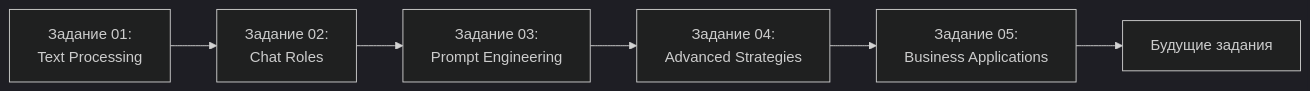
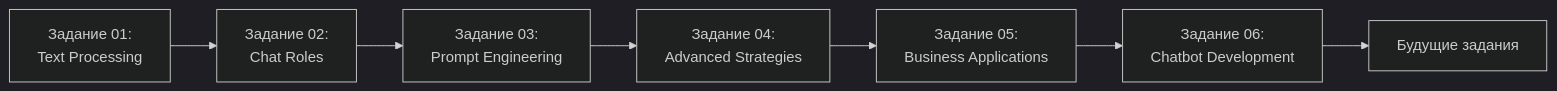
The diagram in Exercises/README.md (artipy/ai_knowledge_db_and_projects), drawn with Mermaid (dark theme) before and after one commit. The commit also changed other lines of this file and 8 other files, not shown here.

First line of the commit message:
feat: Add Prompt Engineering for Chatbot Development guide and Exercise 06

````diff
--- a/Exercises/README.md
+++ b/Exercises/README.md
@@ -158,8 +181,9 @@
 ```mermaid
 graph LR
     A[Задание 01:<br/>Text Processing] --> B[Задание 02:<br/>Chat Roles]
     B --> C[Задание 03:<br/>Prompt Engineering]
     C --> D[Задание 04:<br/>Advanced Strategies]
     D --> E[Задание 05:<br/>Business Applications]
-    E --> F[Будущие задания]
+    E --> F[Задание 06:<br/>Chatbot Development]
+    F --> G[Будущие задания]
 ```
````
